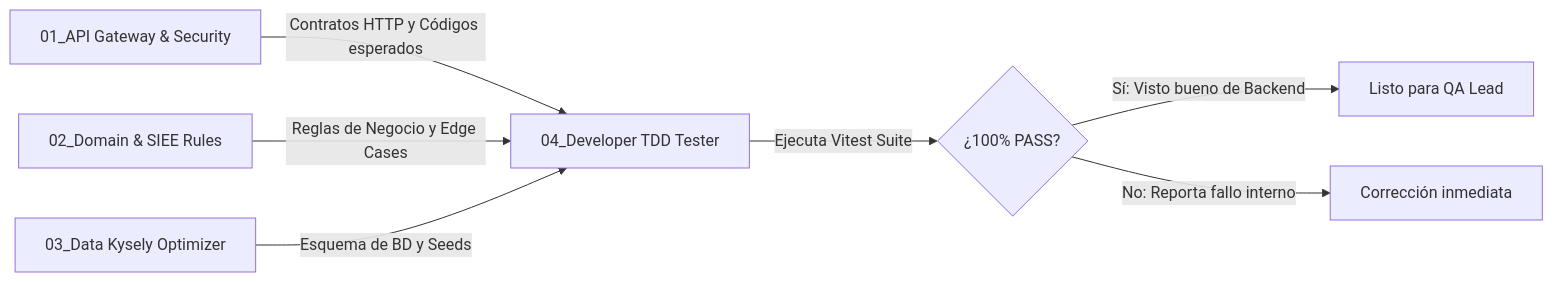
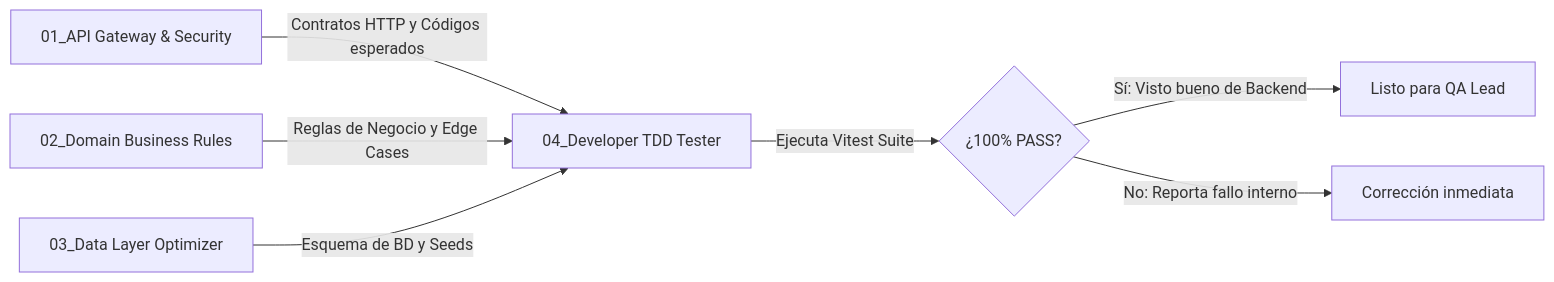
Before and after one commit to DanExl24/multiagent-sdlc-starter: the diagram in multiAgents/03_backend_engineer/subroles/04_developer_tdd_tester.md, drawn with Mermaid. The commit also changed other lines of this file and 35 other files, not shown here.

````diff
--- a/multiAgents/03_backend_engineer/subroles/04_developer_tdd_tester.md
+++ b/multiAgents/03_backend_engineer/subroles/04_developer_tdd_tester.md
@@ -30,9 +30,9 @@
 ```mermaid
 graph LR
     G[01_API Gateway & Security] -->|Contratos HTTP y Códigos esperados| T[04_Developer TDD Tester]
-    D[02_Domain & SIEE Rules] -->|Reglas de Negocio y Edge Cases| T
-    K[03_Data Kysely Optimizer] -->|Esquema de BD y Seeds| T
+    D[02_Domain Business Rules] -->|Reglas de Negocio y Edge Cases| T
+    K[03_Data Layer Optimizer] -->|Esquema de BD y Seeds| T
     T -->|Ejecuta Vitest Suite| V{¿100% PASS?}
     V -->|Sí: Visto bueno de Backend| Handoff[Listo para QA Lead]
     V -->|No: Reporta fallo interno| BackendLead[Corrección inmediata]
 ```
````
